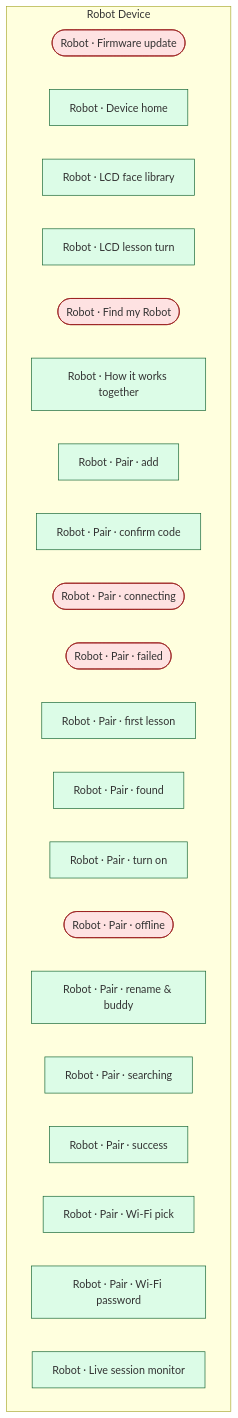
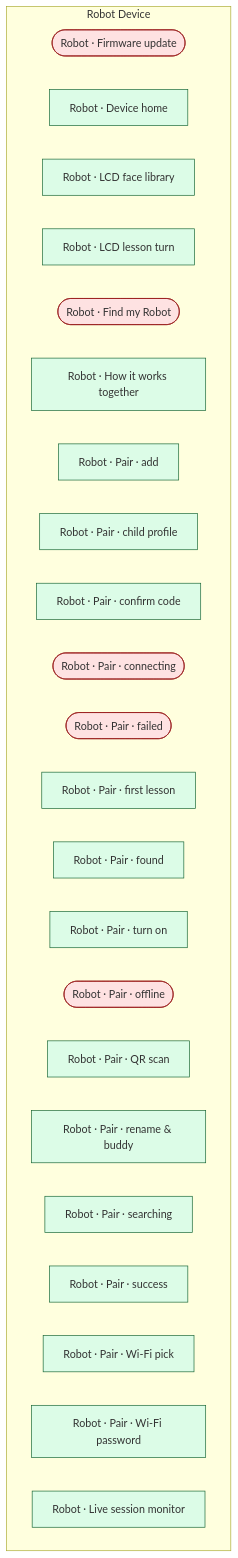
Before and after one commit to JSR-Algo/TJBOT-Mobile: the diagram in migrate-ui-ux-to-mobile-app-docs/flows/domains/device/flow.generated.mmd, drawn with Mermaid. The commit also changed 262 other files, not shown here.

```diff
--- a/migrate-ui-ux-to-mobile-app-docs/flows/domains/device/flow.generated.mmd
+++ b/migrate-ui-ux-to-mobile-app-docs/flows/domains/device/flow.generated.mmd
@@ -1,29 +1,31 @@
-%% GENERATED FROM nav-graph-data.json sha=f0475d686227. Do not edit by hand.
+%% GENERATED FROM nav-graph-data.json sha=38651fd18e8a. Do not edit by hand.
 %% domain: device
 flowchart TD
   classDef happy fill:#dcfce7,stroke:#166534
   classDef edge  fill:#fee2e2,stroke:#991b1b
   subgraph Robot_Device["Robot Device"]
     dv_firmware(["Robot · Firmware update"])
     dv_home["Robot · Device home"]
     dv_lcd["Robot · LCD face library"]
     dv_lcd_turn["Robot · LCD lesson turn"]
     dv_lost(["Robot · Find my Robot"])
     dv_overview["Robot · How it works together"]
     dv_pair_add["Robot · Pair · add"]
+    dv_pair_child["Robot · Pair · child profile"]
     dv_pair_code["Robot · Pair · confirm code"]
     dv_pair_connecting(["Robot · Pair · connecting"])
     dv_pair_failed(["Robot · Pair · failed"])
     dv_pair_first_lesson["Robot · Pair · first lesson"]
     dv_pair_found["Robot · Pair · found"]
     dv_pair_intro["Robot · Pair · turn on"]
     dv_pair_offline(["Robot · Pair · offline"])
+    dv_pair_qr_scan["Robot · Pair · QR scan"]
     dv_pair_rename["Robot · Pair · rename & buddy"]
     dv_pair_search["Robot · Pair · searching"]
     dv_pair_success["Robot · Pair · success"]
     dv_pair_wifi["Robot · Pair · Wi-Fi pick"]
     dv_pair_wifi_pw["Robot · Pair · Wi-Fi password"]
     dv_session["Robot · Live session monitor"]
   end
-  class dv_home,dv_lcd,dv_lcd_turn,dv_overview,dv_pair_add,dv_pair_code,dv_pair_first_lesson,dv_pair_found,dv_pair_intro,dv_pair_rename,dv_pair_search,dv_pair_success,dv_pair_wifi,dv_pair_wifi_pw,dv_session happy
+  class dv_home,dv_lcd,dv_lcd_turn,dv_overview,dv_pair_add,dv_pair_child,dv_pair_code,dv_pair_first_lesson,dv_pair_found,dv_pair_intro,dv_pair_qr_scan,dv_pair_rename,dv_pair_search,dv_pair_success,dv_pair_wifi,dv_pair_wifi_pw,dv_session happy
   class dv_firmware,dv_lost,dv_pair_connecting,dv_pair_failed,dv_pair_offline edge
```
